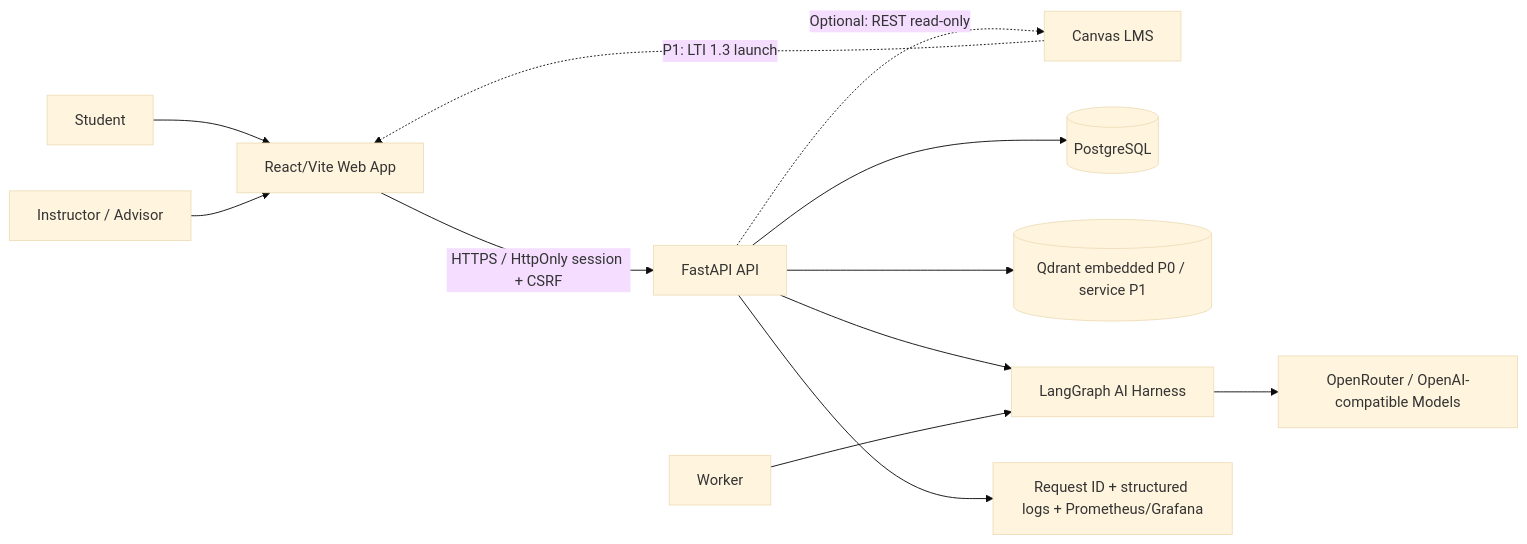
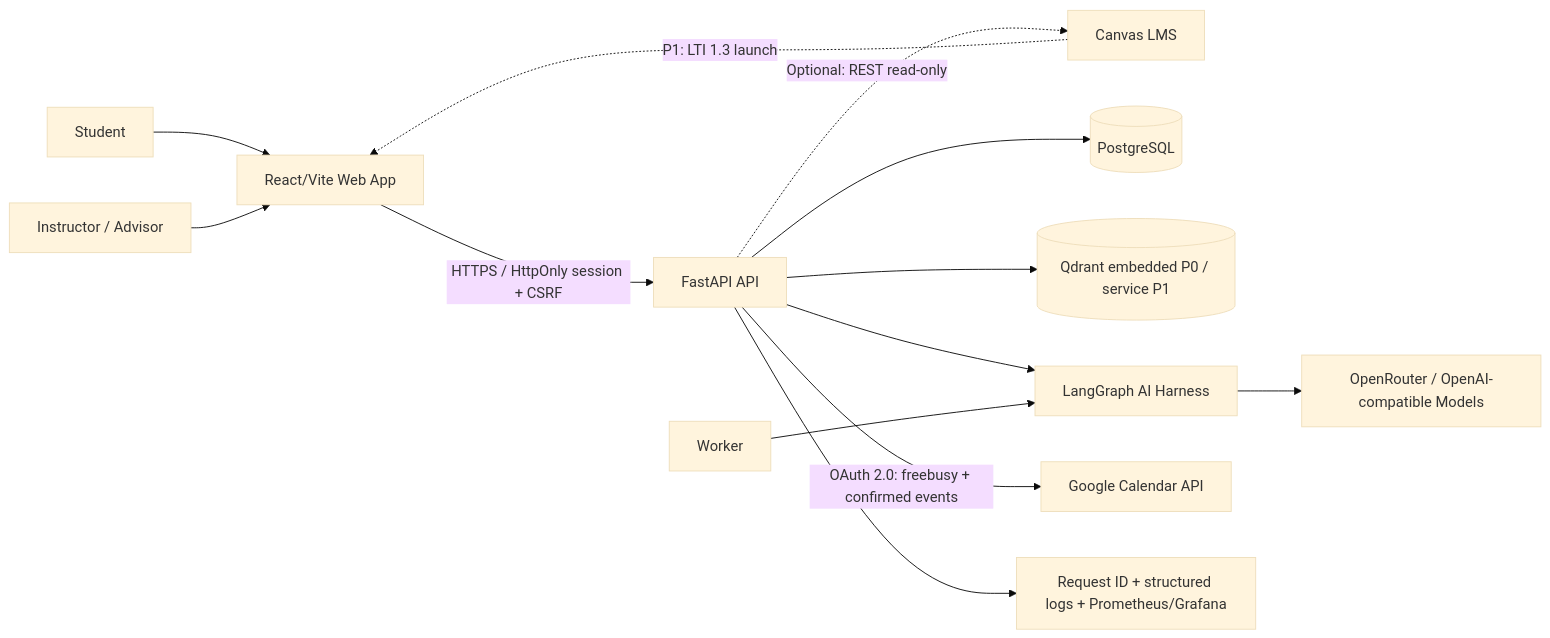
The first of 4 diagrams in docs/architecture_diagram.md (kchi24/K4_AI20K_2A202602797_ThanThiKimChi_Project), drawn with Mermaid (base theme) before and after one commit. The commit also changed other lines of this file and 13 other files, not shown here.

Commit message:
feat(calendar): integrate Google Calendar OAuth and study blocks

````diff
--- a/docs/architecture_diagram.md
+++ b/docs/architecture_diagram.md
@@ -7,14 +7,15 @@
 ```mermaid
 flowchart LR
     Student[Student] --> Web[React/Vite Web App]
     Instructor[Instructor / Advisor] --> Web
     Canvas[Canvas LMS] -.->|P1: LTI 1.3 launch| Web
     Web -->|HTTPS / HttpOnly session + CSRF| API[FastAPI API]
     API -.->|Optional: REST read-only| Canvas
     API --> DB[(PostgreSQL)]
     API --> Qdrant[(Qdrant embedded P0 / service P1)]
     API --> AI[LangGraph AI Harness]
+    API -->|OAuth 2.0: freebusy + confirmed events| GCal[Google Calendar API]
     Worker --> AI
     AI --> Gateway[OpenRouter / OpenAI-compatible Models]
     API --> Obs[Request ID + structured logs + Prometheus/Grafana]
 ```
````
